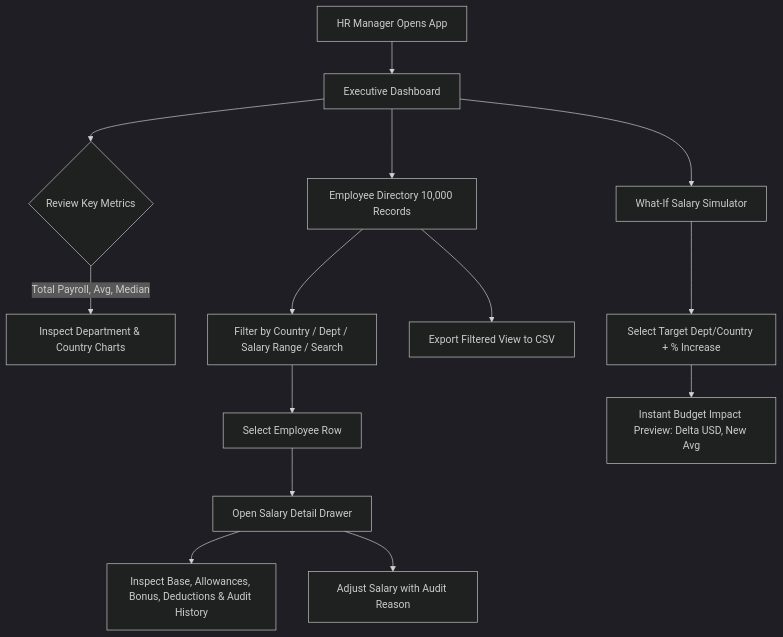
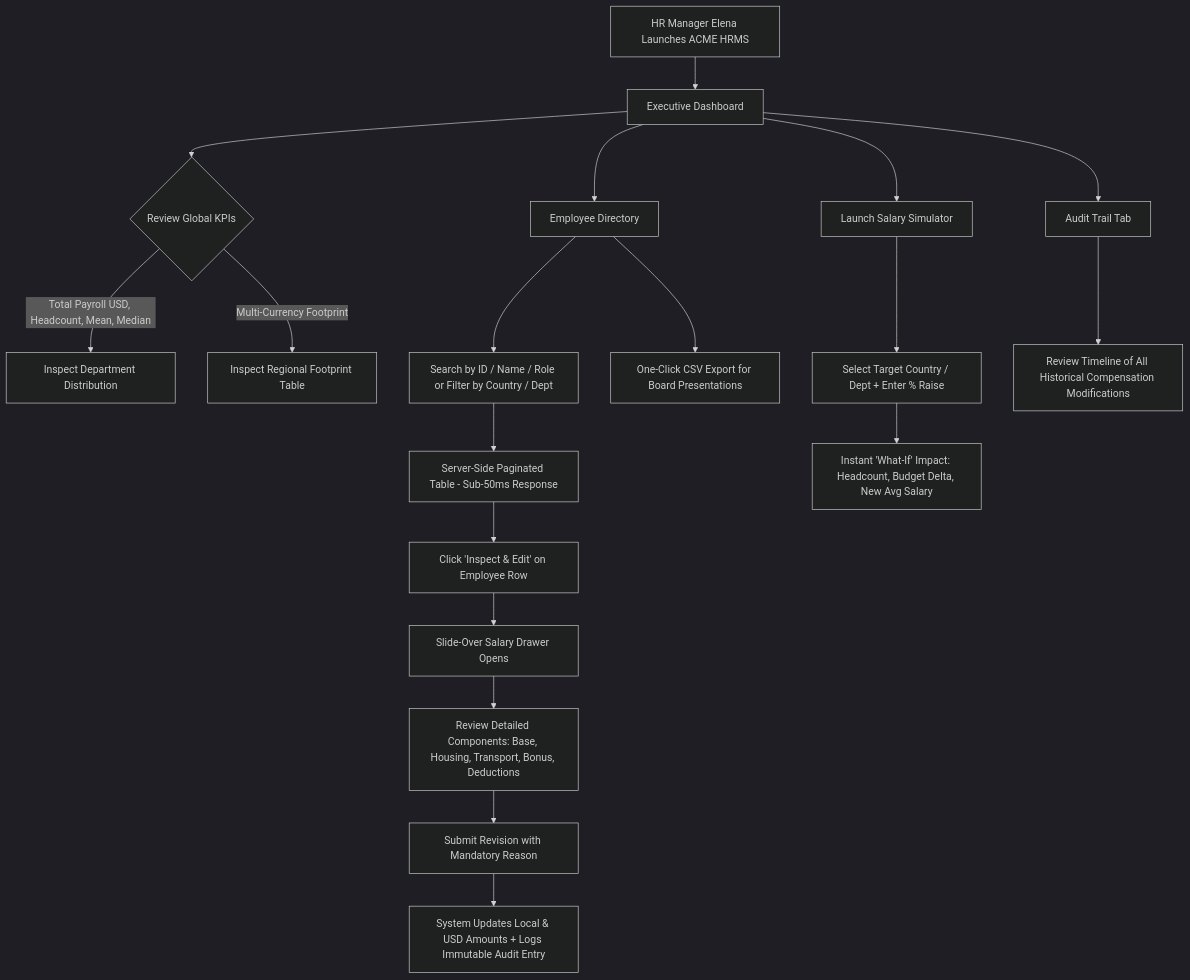
The diagram in DEVELOPER.md (shubh7310/Global-Salary-Management-System), drawn with Mermaid (dark theme) before and after one commit. The commit also changed other lines of this file and 27 other files, not shown here.

Commit message:
feat(frontend): build responsive Angular 18 UI with executive dashboard, directory, simulator, and audit trail

````diff
--- a/DEVELOPER.md
+++ b/DEVELOPER.md
@@ -25,16 +26,21 @@
 ```mermaid
 flowchart TD
-    A[HR Manager Opens App] --> B[Executive Dashboard]
-    B --> C{Review Key Metrics}
-    C -->|Total Payroll, Avg, Median| D[Inspect Department & Country Charts]
-    B --> E[Employee Directory 10,000 Records]
-    E --> F[Filter by Country / Dept / Salary Range / Search]
-    F --> G[Select Employee Row]
-    G --> H[Open Salary Detail Drawer]
-    H --> I[Inspect Base, Allowances, Bonus, Deductions & Audit History]
-    H --> J[Adjust Salary with Audit Reason]
-    B --> K[What-If Salary Simulator]
-    K --> L[Select Target Dept/Country + % Increase]
-    L --> M[Instant Budget Impact Preview: Delta USD, New Avg]
-    E --> N[Export Filtered View to CSV]
+    A[HR Manager Elena Launches ACME HRMS] --> B[Executive Dashboard]
+    B --> C{Review Global KPIs}
+    C -->|Total Payroll USD, Headcount, Mean, Median| D[Inspect Department Distribution]
+    C -->|Multi-Currency Footprint| E[Inspect Regional Footprint Table]
+    B --> F[Employee Directory]
+    F --> G[Search by ID / Name / Role or Filter by Country / Dept]
+    G --> H[Server-Side Paginated Table - Sub-50ms Response]
+    H --> I[Click 'Inspect & Edit' on Employee Row]
+    I --> J[Slide-Over Salary Drawer Opens]
+    J --> K[Review Detailed Components: Base, Housing, Transport, Bonus, Deductions]
+    K --> L[Submit Revision with Mandatory Reason]
+    L --> M[System Updates Local & USD Amounts + Logs Immutable Audit Entry]
+    B --> N[Launch Salary Simulator]
+    N --> O[Select Target Country / Dept + Enter % Raise]
+    O --> P[Instant 'What-If' Impact: Headcount, Budget Delta, New Avg Salary]
+    B --> Q[Audit Trail Tab]
+    Q --> R[Review Timeline of All Historical Compensation Modifications]
+    F --> S[One-Click CSV Export for Board Presentations]
 ```
````
